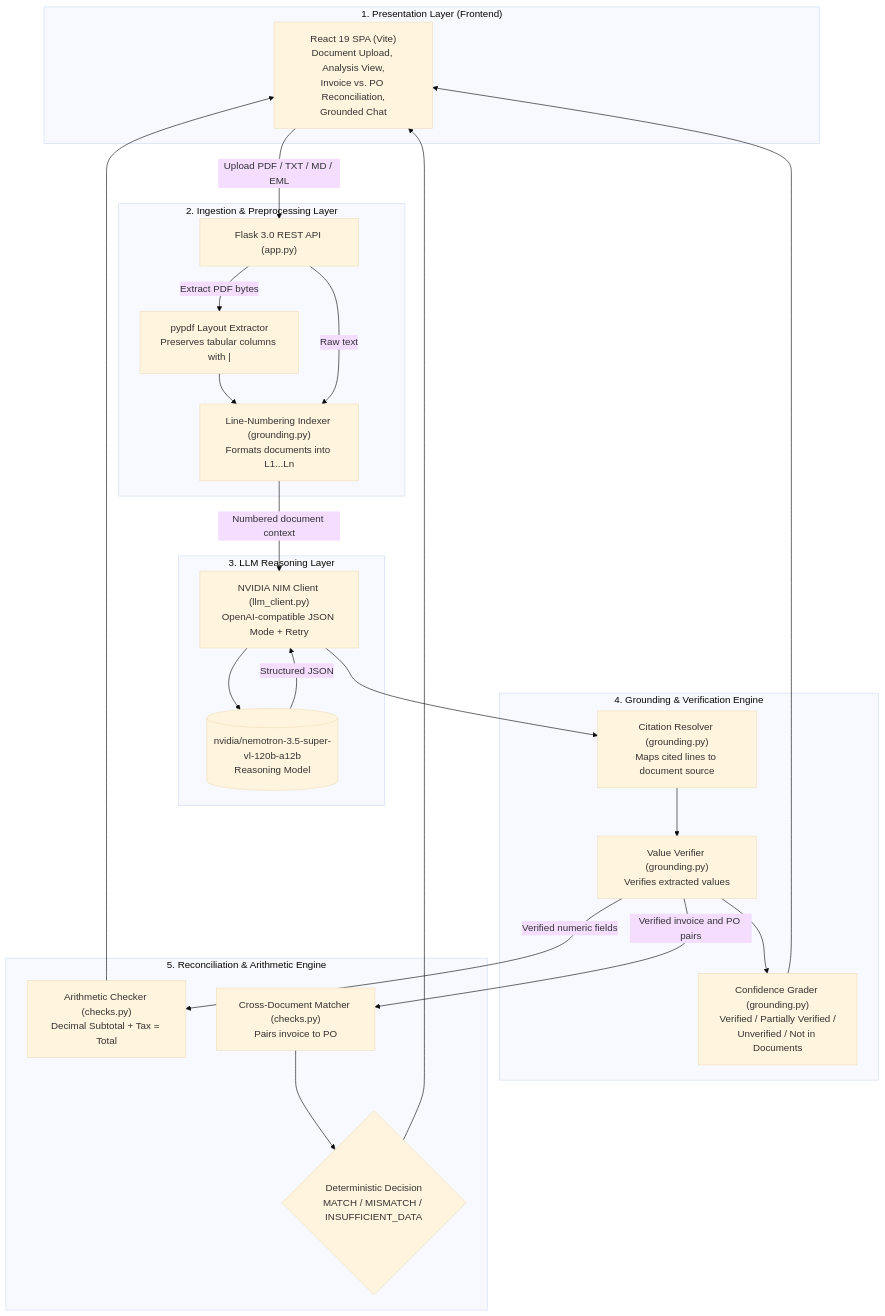
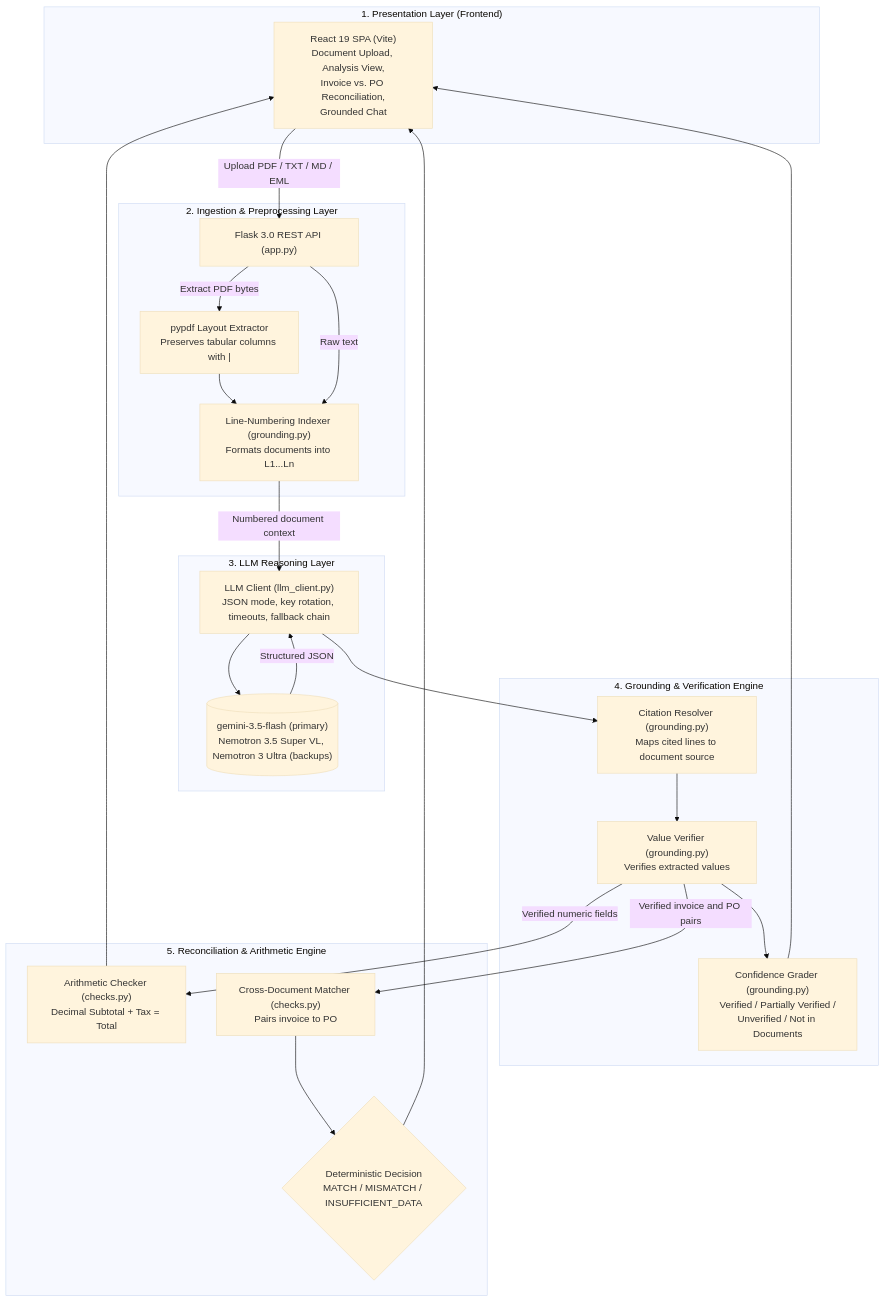
One commit to SulagnaGiri/AI-Document-Analyst changed the diagram in README.md. Above: the diagram before and after it, drawn with Mermaid (base theme). The commit also changed other lines of this file and 11 other files, not shown here.

Commit message:
Fix Gemini merge: fallback chain, time budget, model name, restore README

````diff
--- a/README.md
+++ b/README.md
@@ -511,47 +509,47 @@
 ```mermaid
 flowchart TD
 
     subgraph Client["1. Presentation Layer (Frontend)"]
         UI["React 19 SPA (Vite)<br/>Document Upload, Analysis View,<br/>Invoice vs. PO Reconciliation,<br/>Grounded Chat"]
     end
 
     subgraph Ingestion["2. Ingestion & Preprocessing Layer"]
         API["Flask 3.0 REST API (app.py)"]
         PDF["pypdf Layout Extractor<br/>Preserves tabular columns with |"]
         NORM["Line-Numbering Indexer (grounding.py)<br/>Formats documents into L1...Ln"]
     end
 
     subgraph LLM_Layer["3. LLM Reasoning Layer"]
-        CLIENT["NVIDIA NIM Client (llm_client.py)<br/>OpenAI-compatible JSON Mode + Retry"]
-        MODEL[("nvidia/nemotron-3.5-super-vl-120b-a12b<br/>Reasoning Model")]
+        CLIENT["LLM Client (llm_client.py)<br/>JSON mode, key rotation, timeouts, fallback chain"]
+        MODEL[("gemini-3.5-flash (primary)<br/>Nemotron 3.5 Super VL, Nemotron 3 Ultra (backups)")]
     end
 
     subgraph Grounding["4. Grounding & Verification Engine"]
         RESOLVE["Citation Resolver (grounding.py)<br/>Maps cited lines to document source"]
         VALUE_VERIFY["Value Verifier (grounding.py)<br/>Verifies extracted values"]
         CONFIDENCE["Confidence Grader (grounding.py)<br/>Verified / Partially Verified /<br/>Unverified / Not in Documents"]
     end
 
     subgraph Deterministic["5. Reconciliation & Arithmetic Engine"]
         ARITH["Arithmetic Checker (checks.py)<br/>Decimal Subtotal + Tax = Total"]
         COMPARE["Cross-Document Matcher (checks.py)<br/>Pairs invoice to PO"]
         DECISION{"Deterministic Decision<br/>MATCH / MISMATCH / INSUFFICIENT_DATA"}
     end
 
     UI -->|"Upload PDF / TXT / MD / EML"| API
     API -->|"Extract PDF bytes"| PDF
     PDF --> NORM
     API -->|"Raw text"| NORM
     NORM -->|"Numbered document context"| CLIENT
     CLIENT --> MODEL
     MODEL -->|"Structured JSON"| CLIENT
     CLIENT --> RESOLVE
     RESOLVE --> VALUE_VERIFY
     VALUE_VERIFY --> CONFIDENCE
     VALUE_VERIFY -->|"Verified numeric fields"| ARITH
     VALUE_VERIFY -->|"Verified invoice and PO pairs"| COMPARE
     COMPARE --> DECISION
     DECISION --> UI
     CONFIDENCE --> UI
     ARITH --> UI
 ```
````
